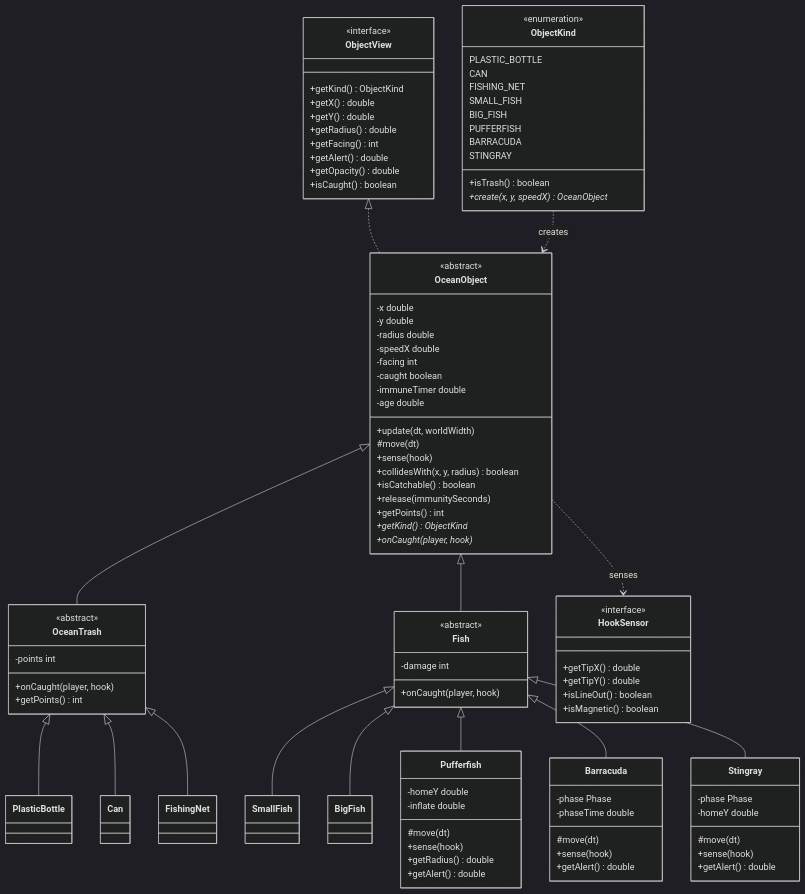
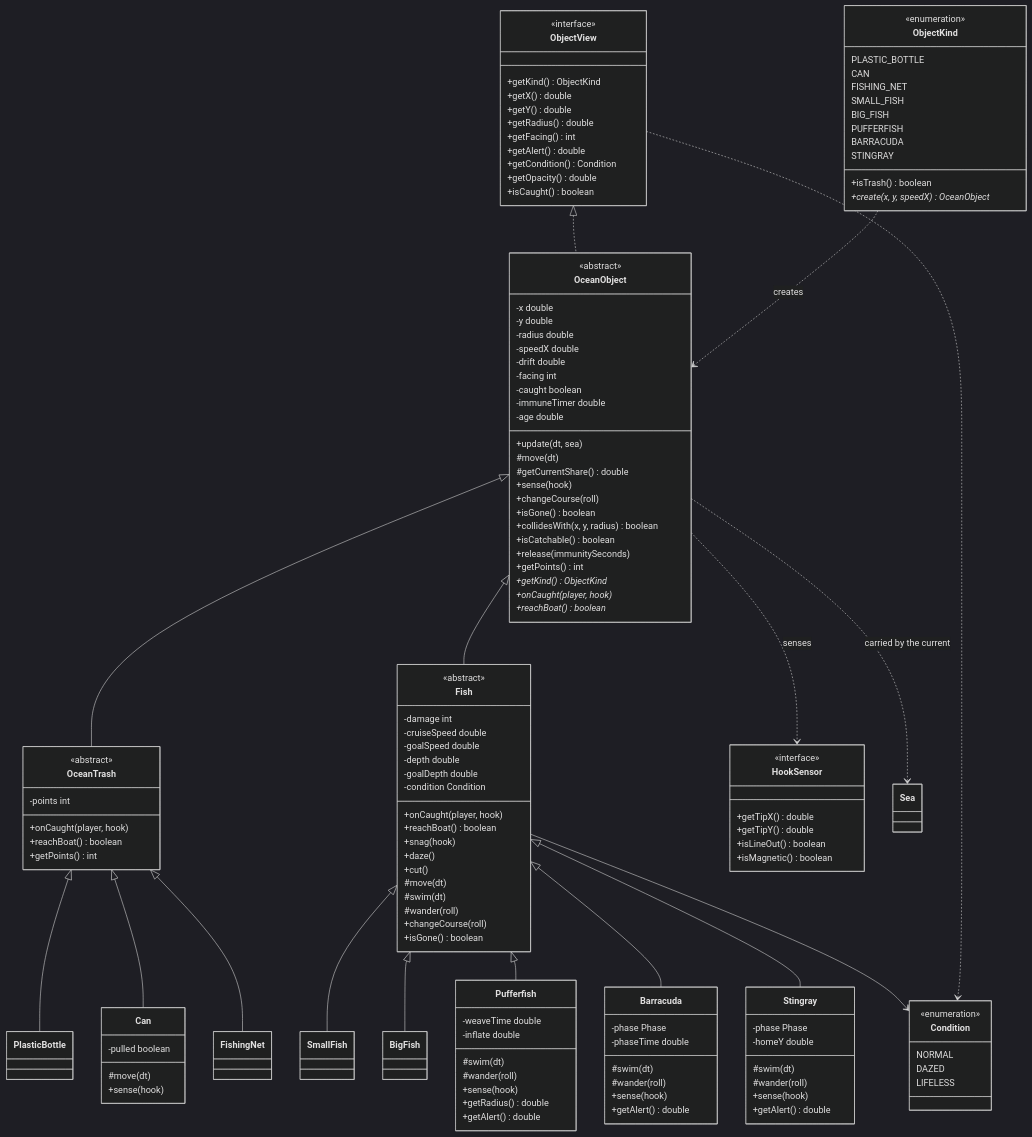
Before and after one commit to NJJAV33/Fish2trash: the first of 7 diagrams in docs/class-diagram.md, drawn with Mermaid (dark theme). The commit also changed other lines of this file and 45 other files, not shown here.

````diff
--- a/docs/class-diagram.md
+++ b/docs/class-diagram.md
@@ -39,8 +40,16 @@
         +getRadius() double
         +getFacing() int
         +getAlert() double
+        +getCondition() Condition
         +getOpacity() double
         +isCaught() boolean
+    }
+
+    class Condition {
+        <<enumeration>>
+        NORMAL
+        DAZED
+        LIFELESS
     }
 
     class OceanObject {
@@ -49,44 +58,69 @@
         -y double
         -radius double
         -speedX double
+        -drift double
         -facing int
         -caught boolean
         -immuneTimer double
         -age double
-        +update(dt, worldWidth)
+        +update(dt, sea)
         #move(dt)
+        #getCurrentShare() double
         +sense(hook)
+        +changeCourse(roll)
+        +isGone() boolean
         +collidesWith(x, y, radius) boolean
         +isCatchable() boolean
         +release(immunitySeconds)
         +getPoints() int
         +getKind()* ObjectKind
         +onCaught(player, hook)*
+        +reachBoat()* boolean
     }
 
     class OceanTrash {
         <<abstract>>
         -points int
         +onCaught(player, hook)
+        +reachBoat() boolean
         +getPoints() int
     }
 
     class Fish {
         <<abstract>>
         -damage int
+        -cruiseSpeed double
+        -goalSpeed double
+        -depth double
+        -goalDepth double
+        -condition Condition
         +onCaught(player, hook)
+        +reachBoat() boolean
+        +snag(hook)
+        +daze()
+        +cut()
+        #move(dt)
+        #swim(dt)
+        #wander(roll)
+        +changeCourse(roll)
+        +isGone() boolean
     }
 
     class PlasticBottle
-    class Can
+    class Can {
+        -pulled boolean
+        #move(dt)
+        +sense(hook)
+    }
     class FishingNet
     class SmallFish
     class BigFish
 
     class Pufferfish {
-        -homeY double
+        -weaveTime double
         -inflate double
-        #move(dt)
+        #swim(dt)
+        #wander(roll)
         +sense(hook)
         +getRadius() double
         +getAlert() double
@@ -95,7 +129,8 @@
     class Barracuda {
         -phase Phase
         -phaseTime double
-        #move(dt)
+        #swim(dt)
+        #wander(roll)
         +sense(hook)
         +getAlert() double
     }
@@ -103,7 +138,8 @@
     class Stingray {
         -phase Phase
         -homeY double
-        #move(dt)
+        #swim(dt)
+        #wander(roll)
         +sense(hook)
         +getAlert() double
     }
@@ -143,4 +179,7 @@
     Fish <|-- Stingray
     ObjectKind ..> OceanObject : creates
     OceanObject ..> HookSensor : senses
+    OceanObject ..> Sea : carried by the current
+    Fish --> Condition
+    ObjectView ..> Condition
 ```
````
